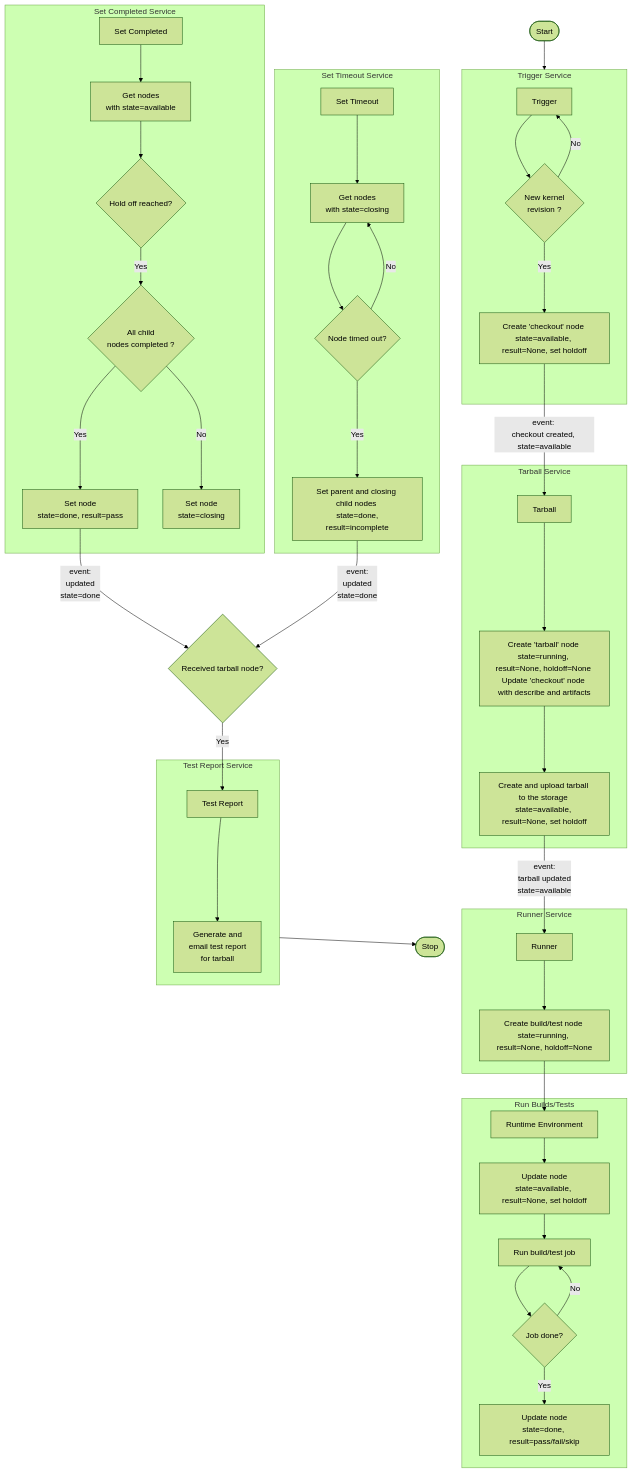
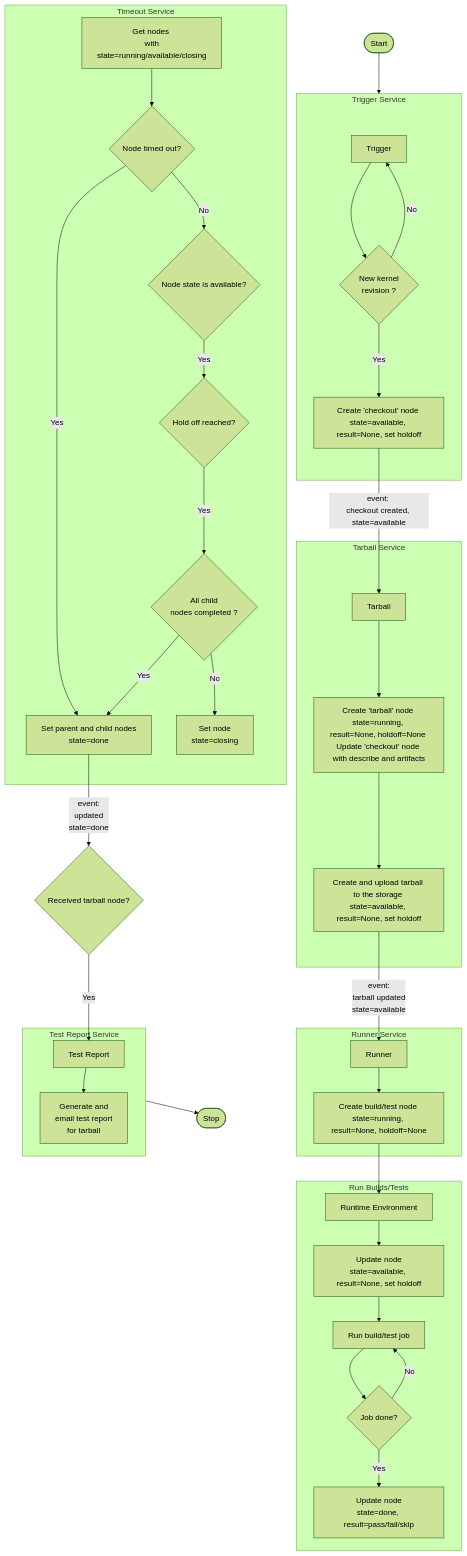
The diagram in doc/pipeline-details.md (kernelci/kernelci-api), drawn with Mermaid (forest theme) before and after one commit. The commit also changed other lines of this file, not shown here.

Commit message:
doc/pipeline-details: update timeout service
Update pipeline flow diagram for timeout service.
The latest design does not contain set_complete service,
so need to drop it.
Also, need to rename set_timeout service to timeout.
Need to update description on how the service handles
timed-out nodes.

````diff
--- a/doc/pipeline-details.md
+++ b/doc/pipeline-details.md
@@ -12,47 +12,41 @@
 ```mermaid
 flowchart
     start([Start]) --> trigger_service
     subgraph trigger_service[Trigger Service]
         trigger[Trigger] --> kernel_revision{New kernel <br/>revision ?}
         kernel_revision --> |No| trigger
         kernel_revision --> |Yes| checkout[Create 'checkout' node <br />state=available, result=None, set holdoff]
     end
     subgraph tarball_service[Tarball Service]
         checkout --> |event: <br />checkout created, state=available| tarball[Tarball]
         tarball --> tarball_node[Create 'tarball' node <br />state=running, result=None, holdoff=None <br />Update 'checkout' node <br />with describe and artifacts]
         tarball_node --> upload_tarball[Create and upload tarball to the storage <br />state=available, result=None, set holdoff]
     end
     subgraph runner_service[Runner Service]
         upload_tarball --> |event: <br />tarball updated <br />state=available| runner[Runner]
         runner --> runner_node[Create build/test node <br />state=running, result=None, holdoff=None]
     end
     subgraph Run Builds/Tests
         runner_node --> runtime[Runtime Environment]
         runtime --> set_available[Update node<br />state=available, result=None, set holdoff]
         set_available --> run_job[Run build/test job]
         run_job --> job_done{Job done?}       
         job_done --> |Yes| pass_runner_node[Update node<br />state=done, result=pass/fail/skip]
         job_done --> |No| run_job
     end
-    subgraph set_completed_service[Set Completed Service]
-        get_closing_parent_nodes[Get nodes <br /> with state=available]
-        set_completed[Set Completed] --> get_closing_parent_nodes
-        get_closing_parent_nodes --> hold_off_reached{Hold off reached?}
-        hold_off_reached --> |Yes| node_completed{All child <br />nodes completed ?}
-        node_completed --> |Yes| generate_completed[Set node <br />state=done, result=pass]
-        node_completed --> |No| set_closing[Set node <br />state=closing]
-    end
     subgraph test_report_service[Test Report Service]
         test_report[Test Report] --> email_report[Generate and <br />email test report <br />for tarball]
     end
-    subgraph set_timeout_service[Set Timeout Service]
-        set_timeout[Set Timeout] --> get_incomplete_nodes
-        get_incomplete_nodes[Get nodes <br /> with state=closing] --> timeout
-        timeout{Node timed out?} --> |Yes| set_incomplete[Set parent and closing child nodes <br /> state=done, result=incomplete]
-        timeout --> |No| get_incomplete_nodes
+    subgraph timeout_service[Timeout Service]
+        get_nodes[Get nodes <br /> with state=running/available/closing] --> node_timedout{Node timed out?}
+        verify_avilable_nodes{Node state is available?} --> |Yes| hold_off_reached{Hold off reached?}
+        hold_off_reached --> |Yes| child_nodes_completed{All child <br />nodes completed ?}
+        child_nodes_completed --> |Yes| set_done[Set parent and child nodes <br /> state=done]
+        child_nodes_completed --> |No| set_closing[Set node <br />state=closing]
+        node_timedout --> |Yes| set_done
+        node_timedout --> |No| verify_avilable_nodes
     end
-    generate_completed --> |event: <br />updated <br /> state=done| received_tarball
-    set_incomplete --> |event: <br />updated <br /> state=done| received_tarball
+    set_done --> |event: <br />updated <br /> state=done| received_tarball
     received_tarball{Received tarball node? } --> |Yes| test_report
     test_report_service --> stop([Stop])
 ```
````
